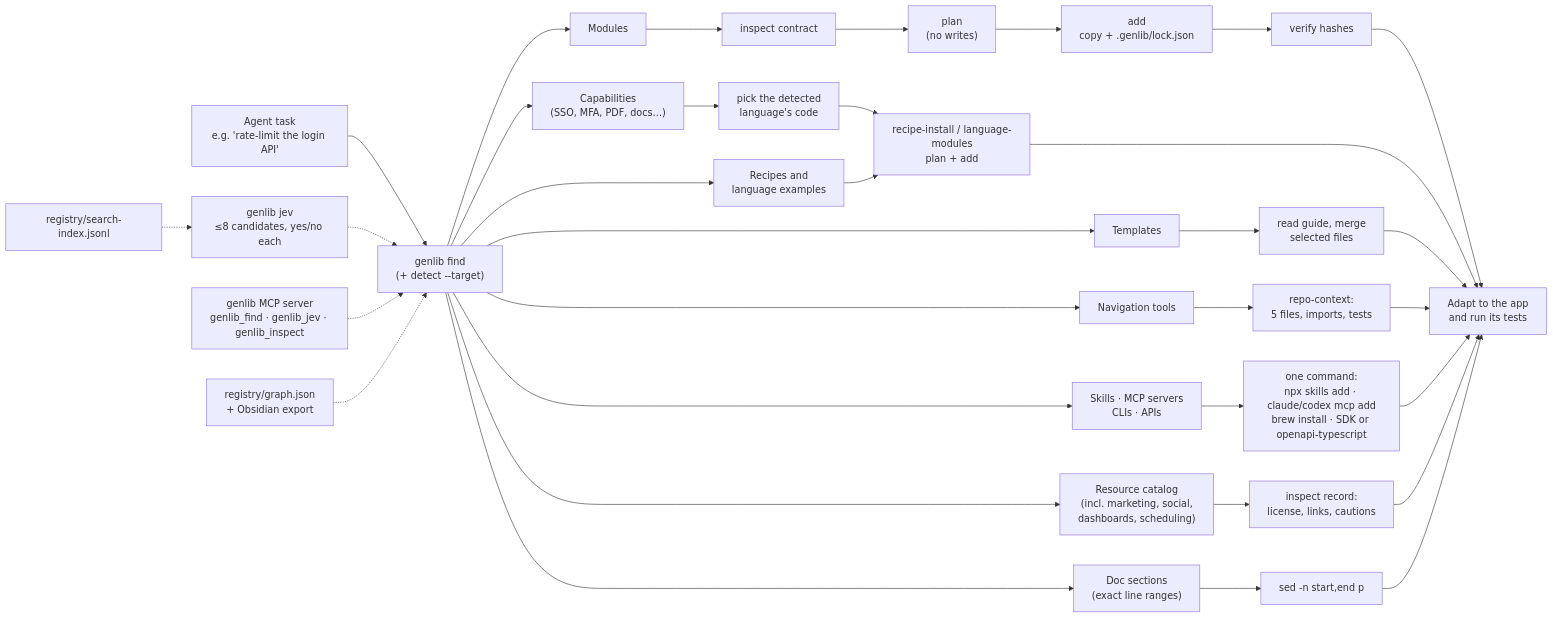
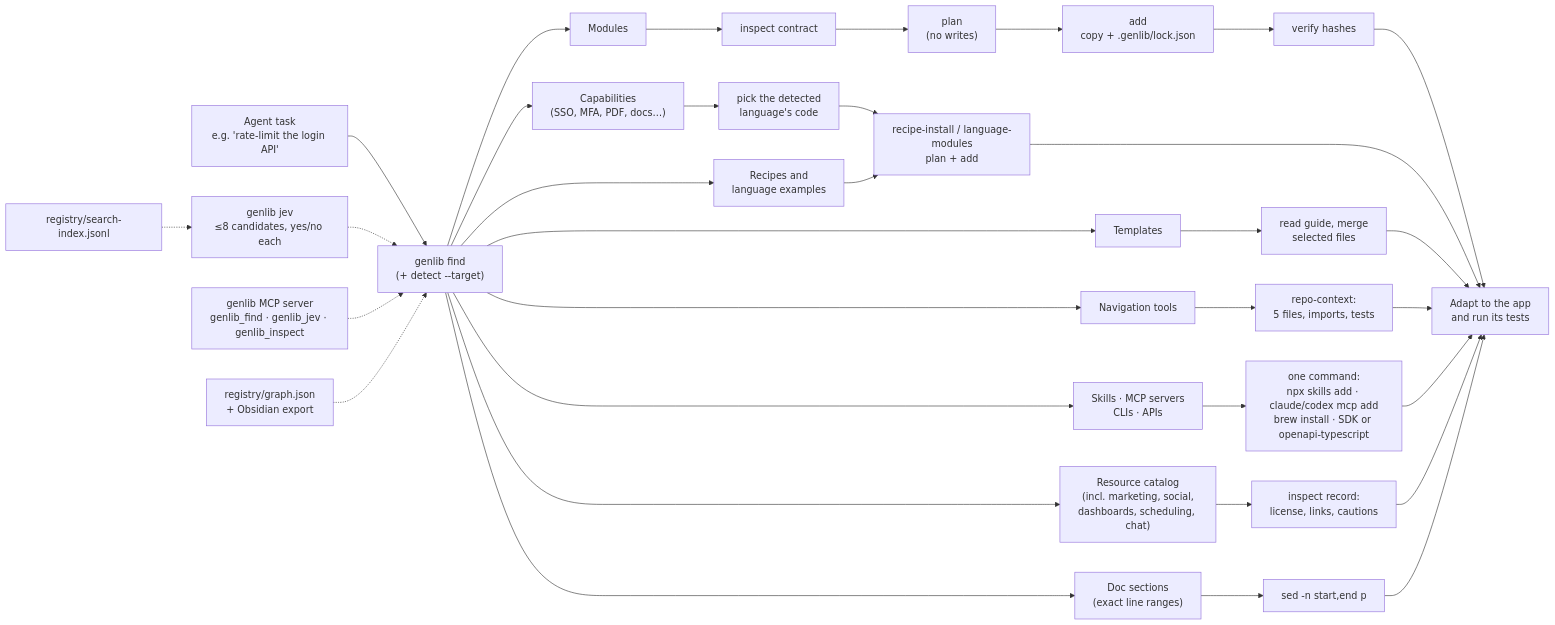
Before and after one commit to athompson83/genlib: the diagram in README.md, drawn with Mermaid. The commit also changed 12 other files, not shown here.

````diff
--- a/README.md
+++ b/README.md
@@ -54,24 +54,24 @@
 ```mermaid
 flowchart LR
   Task["Agent task<br/>e.g. 'rate-limit the login API'"] --> Find["genlib find<br/>(+ detect --target)"]
   Find --> C["Capabilities<br/>(SSO, MFA, PDF, docs…)"]
   Find --> M["Modules"]
   Find --> R["Recipes and<br/>language examples"]
   Find --> T["Templates"]
   Find --> N["Navigation tools"]
   Find --> S["Skills · MCP servers<br/>CLIs · APIs"]
-  Find --> X["Resource catalog<br/>(incl. marketing, social,<br/>dashboards, scheduling)"]
+  Find --> X["Resource catalog<br/>(incl. marketing, social,<br/>dashboards, scheduling, chat)"]
   Find --> D["Doc sections<br/>(exact line ranges)"]
   Jev["genlib jev<br/>≤8 candidates, yes/no each"] -.-> Find
   Index["registry/search-index.jsonl"] -.-> Jev
   MCP["genlib MCP server<br/>genlib_find · genlib_jev · genlib_inspect"] -.-> Find
   Graph["registry/graph.json<br/>+ Obsidian export"] -.-> Find
   M --> Inspect["inspect contract"] --> Plan["plan<br/>(no writes)"] --> Add["add<br/>copy + .genlib/lock.json"] --> Verify["verify hashes"] --> App["Adapt to the app<br/>and run its tests"]
   C --> Lang["pick the detected<br/>language's code"] --> Copy
   R --> Copy["recipe-install / language-modules<br/>plan + add"] --> App
   T --> Merge["read guide, merge<br/>selected files"] --> App
   N --> Context["repo-context:<br/>5 files, imports, tests"] --> App
   S --> SkillAdd["one command:<br/>npx skills add · claude/codex mcp add<br/>brew install · SDK or openapi-typescript"] --> App
   X --> Adopt["inspect record:<br/>license, links, cautions"] --> App
   D --> Section["sed -n start,end p"] --> App
 ```
````
